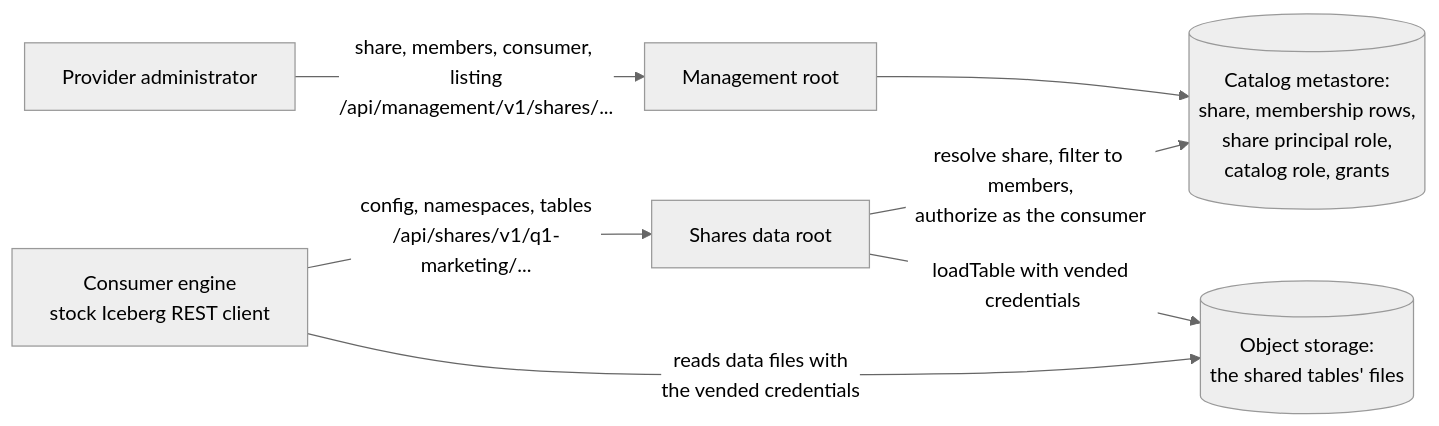
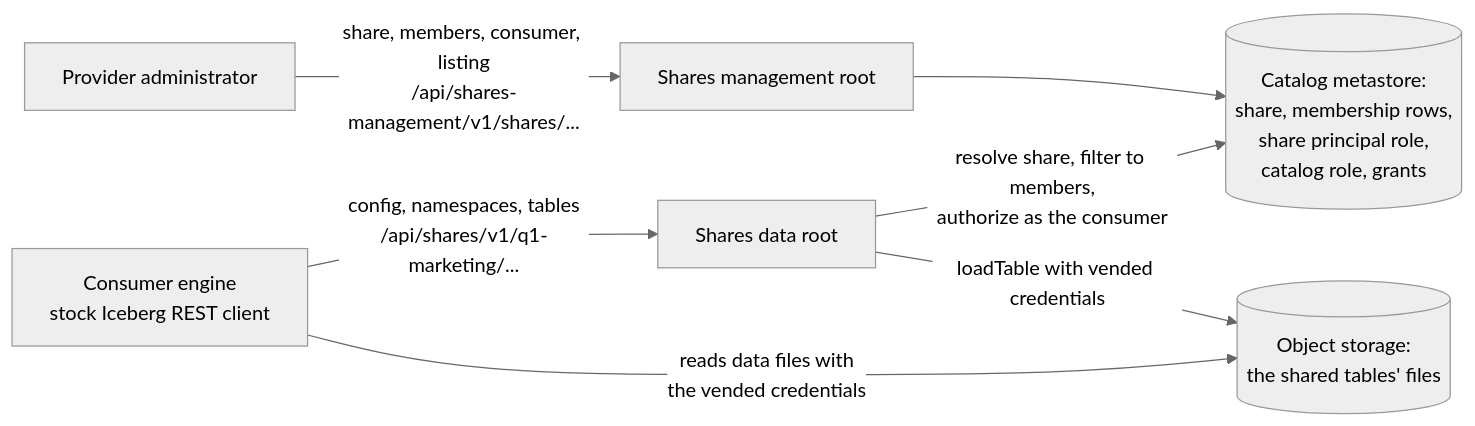
Before and after one commit to dennishuo/dhuo-public-provenance: the first of 2 diagrams in polaris-sharing/design/shares-journeys.md, drawn with Mermaid (neutral theme). The commit also changed other lines of this file, not shown here.

````diff
--- a/polaris-sharing/design/shares-journeys.md
+++ b/polaris-sharing/design/shares-journeys.md
@@ -37,9 +41,9 @@
 ```mermaid
 flowchart LR
-  P[Provider administrator] -->|"share, members, consumer, listing<br/>/api/management/v1/shares/..."| M[Management root]
+  P[Provider administrator] -->|"share, members, consumer, listing<br/>/api/shares-management/v1/shares/..."| M[Shares management root]
   C[Consumer engine<br/>stock Iceberg REST client] -->|"config, namespaces, tables<br/>/api/shares/v1/q1-marketing/..."| S[Shares data root]
   M --> K[(Catalog metastore:<br/>share, membership rows,<br/>share principal role,<br/>catalog role, grants)]
   S -->|"resolve share, filter to members,<br/>authorize as the consumer"| K
   S -->|"loadTable with vended credentials"| O[(Object storage:<br/>the shared tables' files)]
   C -->|"reads data files with<br/>the vended credentials"| O
 ```
````
